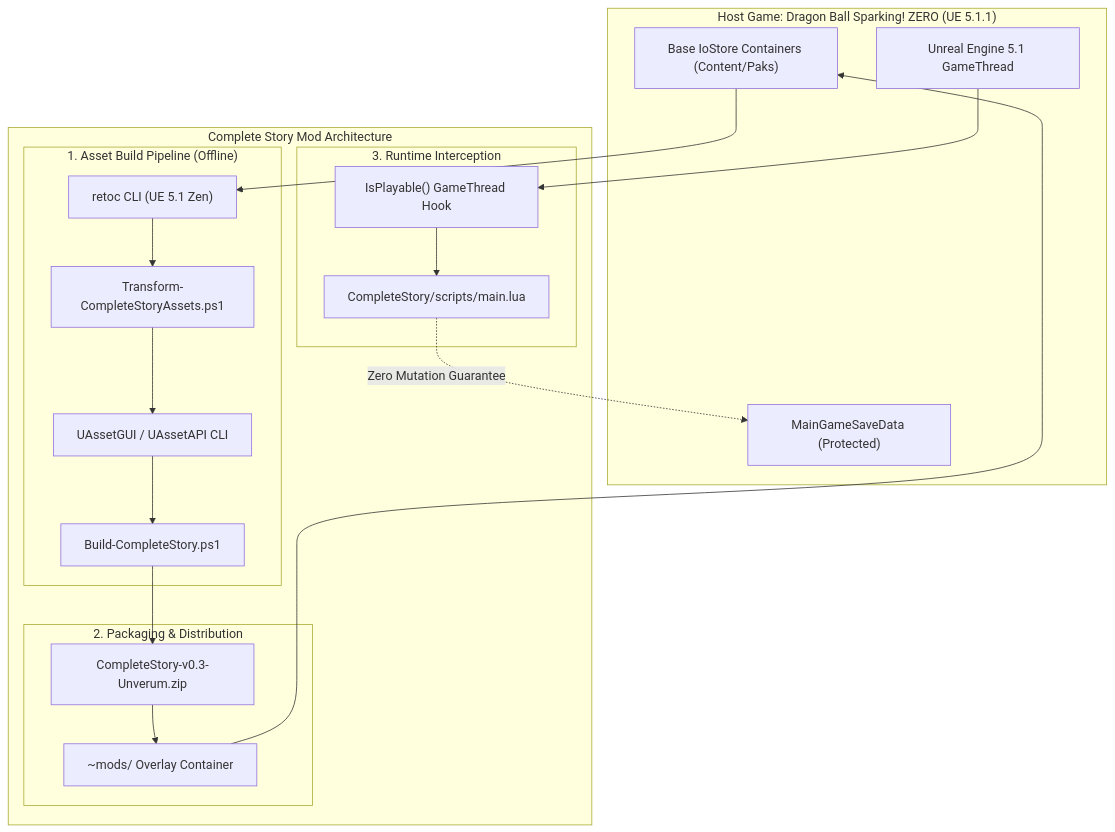
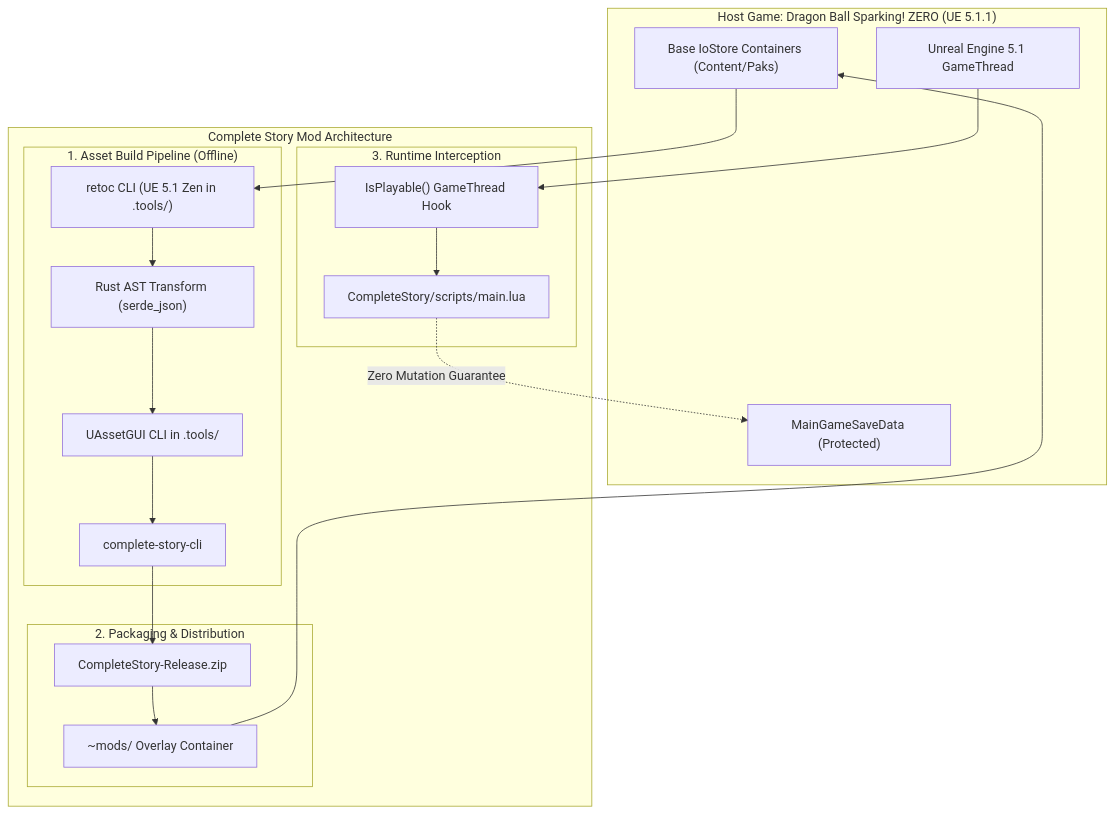
One commit to quirke0221-web/SparkingCompleteStory changed the first of 2 diagrams in docs/ARCHITECTURE.md. Above: the diagram before and after it, drawn with Mermaid. The commit also changed other lines of this file and 5 other files, not shown here.

Commit message:
docs(architecture): synchronize architecture and runbooks with native rust cli and unified build sandbox

````diff
--- a/docs/ARCHITECTURE.md
+++ b/docs/ARCHITECTURE.md
@@ -13,38 +13,38 @@
 ```mermaid
 flowchart TB
     subgraph HostGame["Host Game: Dragon Ball Sparking! ZERO (UE 5.1.1)"]
         IoStore["Base IoStore Containers (Content/Paks)"]
         Engine["Unreal Engine 5.1 GameThread"]
         SaveSys["MainGameSaveData (Protected)"]
     end
 
     subgraph CompleteStorySystem["Complete Story Mod Architecture"]
         subgraph Subsystem1["1. Asset Build Pipeline (Offline)"]
-            RetocTool["retoc CLI (UE 5.1 Zen)"]
-            UAssetTool["UAssetGUI / UAssetAPI CLI"]
-            TransformEngine["Transform-CompleteStoryAssets.ps1"]
-            Orchestrator["Build-CompleteStory.ps1"]
+            RetocTool["retoc CLI (UE 5.1 Zen in .tools/)"]
+            UAssetTool["UAssetGUI CLI in .tools/"]
+            TransformEngine["Rust AST Transform (serde_json)"]
+            Orchestrator["complete-story-cli"]
         end
 
         subgraph Subsystem2["2. Packaging & Distribution"]
-            UnverumZip["CompleteStory-v0.3-Unverum.zip"]
+            UnverumZip["CompleteStory-Release.zip"]
             ModOverlay["~mods/ Overlay Container"]
         end
 
         subgraph Subsystem3["3. Runtime Interception"]
             UE4SSHook["CompleteStory/scripts/main.lua"]
             NativeInterceptor["IsPlayable() GameThread Hook"]
         end
     end
 
     IoStore --> RetocTool
     RetocTool --> TransformEngine
     TransformEngine --> UAssetTool
     UAssetTool --> Orchestrator
     Orchestrator --> UnverumZip
     UnverumZip --> ModOverlay
     ModOverlay --> IoStore
     Engine --> NativeInterceptor
     NativeInterceptor --> UE4SSHook
     UE4SSHook -.->|Zero Mutation Guarantee| SaveSys
 ```
````
